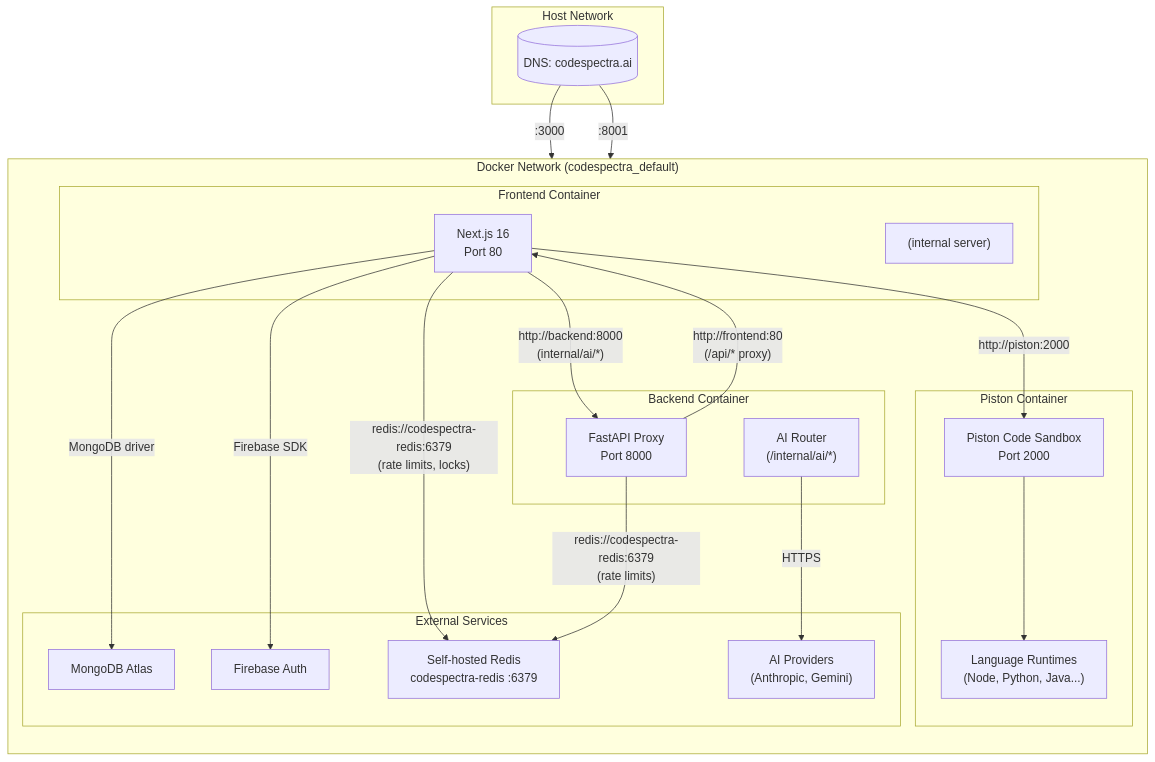
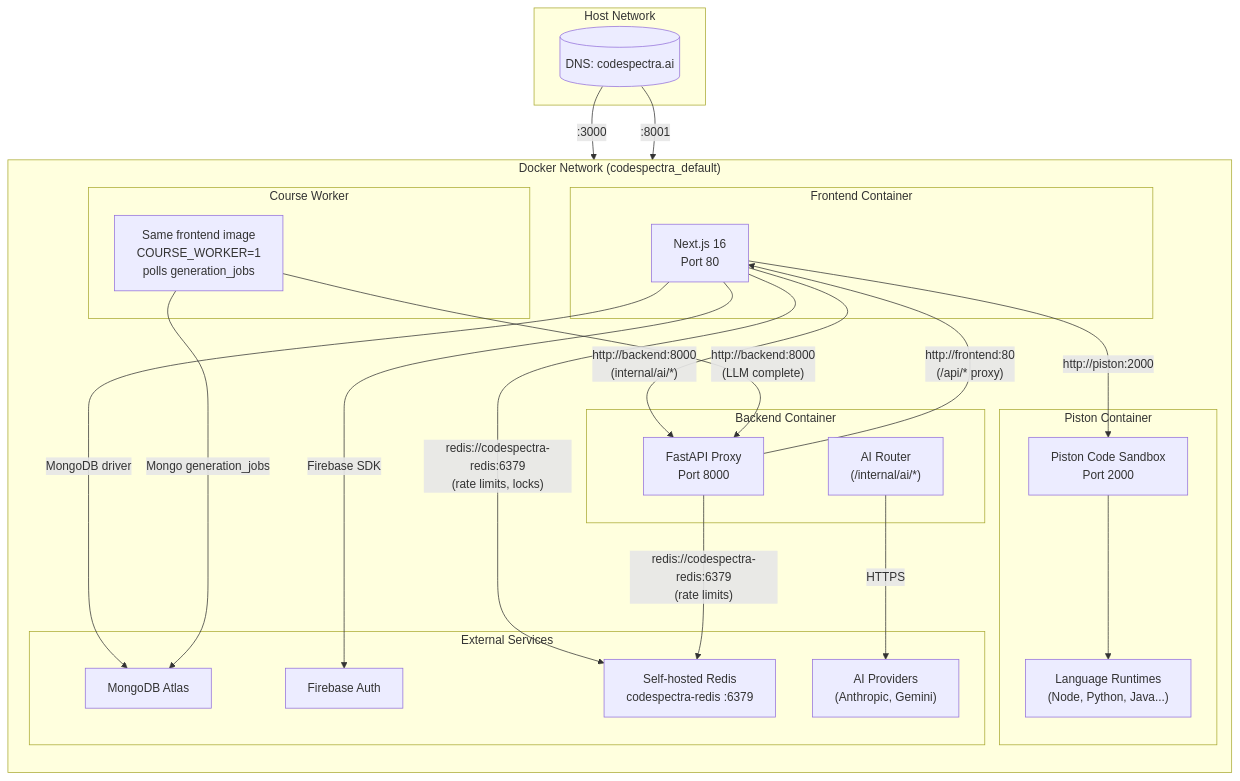
One commit to kktejas07/CodeSpectra-Master changed the first of 2 diagrams in docs/devops/02-Docker-Architecture.md. Above: the diagram before and after it, drawn with Mermaid. The commit also changed other lines of this file and 13 other files, not shown here.

First line of the commit message:
feat: run course videos in a dedicated worker with retry UI

````diff
--- a/docs/devops/02-Docker-Architecture.md
+++ b/docs/devops/02-Docker-Architecture.md
@@ -12,47 +12,52 @@
 ```mermaid
 graph TB
     subgraph "Host Network"
         INGRESS[("DNS: codespectra.ai")]
     end
 
     subgraph "Docker Network (codespectra_default)"
         direction TB
 
         subgraph "Frontend Container"
             F_APP["Next.js 16<br/>Port 80"]
-            F_NGINX["(internal server)"]
+        end
+
+        subgraph "Course Worker"
+            CW["Same frontend image<br/>COURSE_WORKER=1<br/>polls generation_jobs"]
         end
 
         subgraph "Backend Container"
             B_FASTAPI["FastAPI Proxy<br/>Port 8000"]
             B_AI["AI Router<br/>(/internal/ai/*)"]
         end
 
         subgraph "Piston Container"
             P_PISTON["Piston Code Sandbox<br/>Port 2000"]
             P_RUNNERS["Language Runtimes<br/>(Node, Python, Java...)"]
         end
 
         subgraph "External Services"
             MDB[MongoDB Atlas]
             FIRE[Firebase Auth]
             LLM["AI Providers<br/>(Anthropic, Gemini)"]
             REDIS[Self-hosted Redis<br/>codespectra-redis :6379]
         end
     end
 
     INGRESS -->|":3000"| F_APP
     INGRESS -->|":8001"| B_FASTAPI
 
     F_APP -->|"http://piston:2000"| P_PISTON
     F_APP -->|"http://backend:8000<br/>(internal/ai/*)"| B_FASTAPI
     F_APP -->|MongoDB driver| MDB
+    CW -->|Mongo generation_jobs| MDB
+    CW -->|"http://backend:8000<br/>(LLM complete)"| B_FASTAPI
     F_APP -->|Firebase SDK| FIRE
     F_APP -->|"redis://codespectra-redis:6379<br/>(rate limits, locks)"| REDIS
     B_FASTAPI -->|"redis://codespectra-redis:6379<br/>(rate limits)"| REDIS
 
     B_FASTAPI -->|"http://frontend:80<br/>(/api/* proxy)"| F_APP
     B_AI -->|HTTPS| LLM
 
     P_PISTON --> P_RUNNERS
 ```
````
